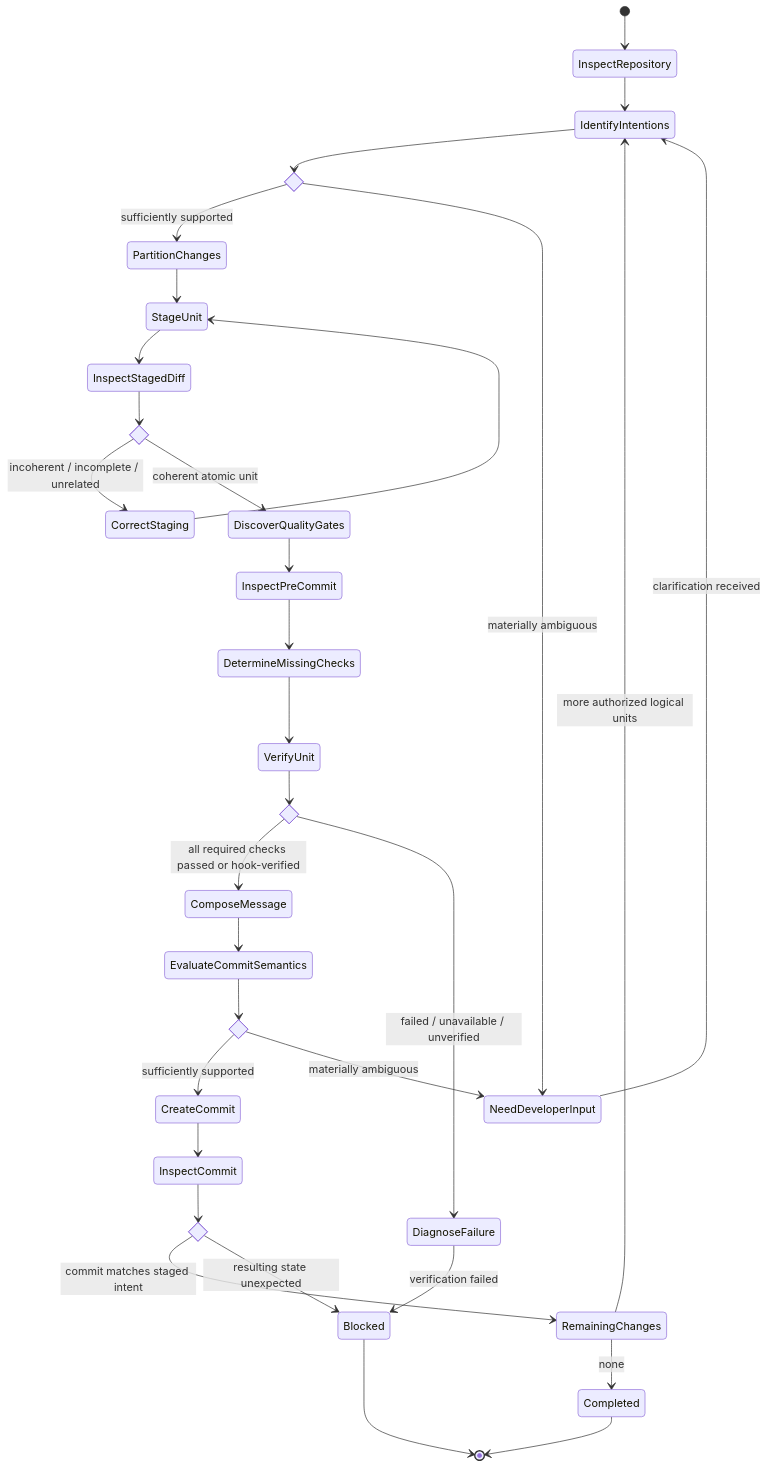
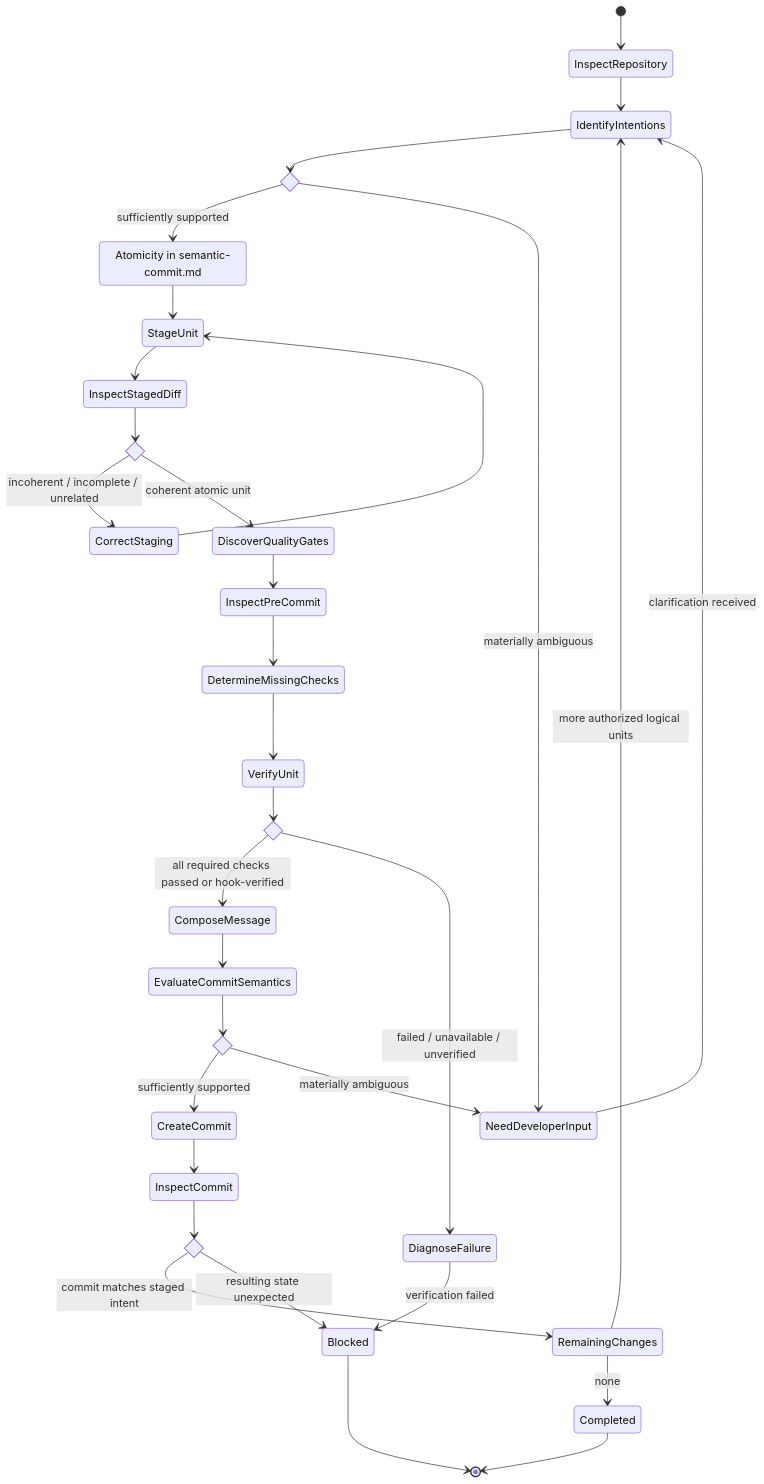
One commit to JadsonLucena/agent-toolkit changed the diagram in contexts/git/skills/create-semantic-commits/SKILL.md. Above: the diagram before and after it, drawn with Mermaid. The commit also changed 1 other file, not shown here.

Commit message:
docs(git): keep delivery atomicity in the owning rule
The merged atomicity invariant never reached this stack, and the skill rename would have dropped the hunk-staging procedure. The rule owns both, and the partition node only names that section.

````diff
--- a/contexts/git/skills/create-semantic-commits/SKILL.md
+++ b/contexts/git/skills/create-semantic-commits/SKILL.md
@@ -26,50 +26,51 @@
 ```mermaid
 stateDiagram-v2
     [*] --> InspectRepository
     InspectRepository --> IdentifyIntentions
 
     state IntentEvidence <<choice>>
     IdentifyIntentions --> IntentEvidence
+    state "Atomicity in semantic-commit.md" as PartitionChanges
     IntentEvidence --> PartitionChanges: sufficiently supported
     IntentEvidence --> NeedDeveloperInput: materially ambiguous
     NeedDeveloperInput --> IdentifyIntentions: clarification received
 
     PartitionChanges --> StageUnit
     StageUnit --> InspectStagedDiff
 
     state StagedUnit <<choice>>
     InspectStagedDiff --> StagedUnit
     StagedUnit --> CorrectStaging: incoherent / incomplete / unrelated
     CorrectStaging --> StageUnit
     StagedUnit --> DiscoverQualityGates: coherent atomic unit
     DiscoverQualityGates --> InspectPreCommit
     InspectPreCommit --> DetermineMissingChecks
     DetermineMissingChecks --> VerifyUnit
 
     state Verification <<choice>>
     VerifyUnit --> Verification
     Verification --> ComposeMessage: all required checks passed or hook-verified
     Verification --> DiagnoseFailure: failed / unavailable / unverified
 
     DiagnoseFailure --> Blocked: verification failed
     ComposeMessage --> EvaluateCommitSemantics
 
     state CommitSemantics <<choice>>
     EvaluateCommitSemantics --> CommitSemantics
     CommitSemantics --> CreateCommit: sufficiently supported
     CommitSemantics --> NeedDeveloperInput: materially ambiguous
 
     CreateCommit --> InspectCommit
 
     state CommitValid <<choice>>
     InspectCommit --> CommitValid
     CommitValid --> RemainingChanges: commit matches staged intent
     CommitValid --> Blocked: resulting state unexpected
 
     state RemainingChanges <<choice>>
     RemainingChanges --> IdentifyIntentions: more authorized logical units
     RemainingChanges --> Completed: none
 
     Completed --> [*]
     Blocked --> [*]
 ```
````
